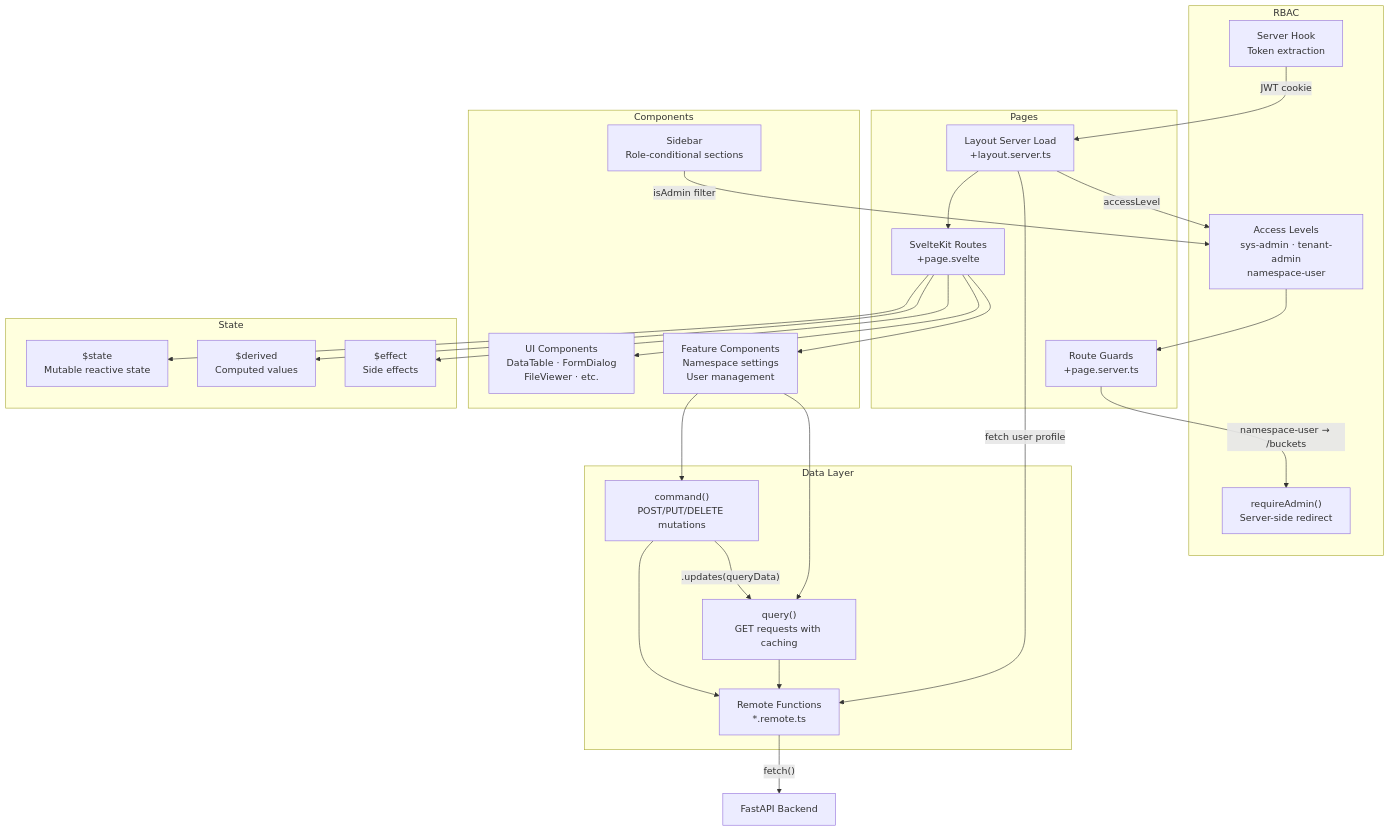
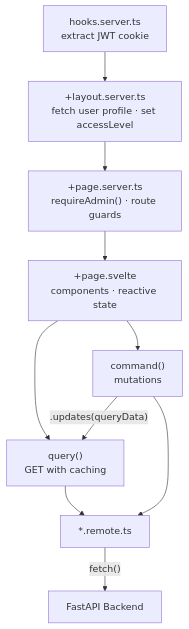
One commit to AI-Riksarkivet/ra-hcp changed the first of 2 diagrams in docs/architecture/frontend.md. Above: the diagram before and after it, drawn with Mermaid. The commit also changed 3 other files, not shown here.

First line of the commit message:
docs: simplify architecture diagrams and update fix-docs command

````diff
--- a/docs/architecture/frontend.md
+++ b/docs/architecture/frontend.md
@@ -5,51 +5,14 @@
 ```mermaid
 graph TD
-    subgraph "Pages"
-        P["SvelteKit Routes<br/>+page.svelte"]
-        L["Layout Server Load<br/>+layout.server.ts"]
-        G["Route Guards<br/>+page.server.ts"]
-    end
+    HOOK["hooks.server.ts<br/>extract JWT cookie"] --> LAYOUT["+layout.server.ts<br/>fetch user profile · set accessLevel"]
+    LAYOUT --> GUARD["+page.server.ts<br/>requireAdmin() · route guards"]
+    GUARD --> PAGE["+page.svelte<br/>components · reactive state"]
 
-    subgraph "RBAC"
-        HOOK["Server Hook<br/>Token extraction"]
-        AL["Access Levels<br/>sys-admin · tenant-admin<br/>namespace-user"]
-        GUARD["requireAdmin()<br/>Server-side redirect"]
-    end
+    PAGE --> Q["query()<br/>GET with caching"]
+    PAGE --> C["command()<br/>mutations"]
+    C -->|".updates(queryData)"| Q
 
-    subgraph "Components"
-        UI["UI Components<br/>DataTable · FormDialog<br/>FileViewer · etc."]
-        FEAT["Feature Components<br/>Namespace settings<br/>User management"]
-        SIDE["Sidebar<br/>Role-conditional sections"]
-    end
-
-    subgraph "Data Layer"
-        Q["query()<br/>GET requests with caching"]
-        C["command()<br/>POST/PUT/DELETE mutations"]
-        REM["Remote Functions<br/>*.remote.ts"]
-    end
-
-    subgraph "State"
-        ST["$state<br/>Mutable reactive state"]
-        DER["$derived<br/>Computed values"]
-        EFF["$effect<br/>Side effects"]
-    end
-
-    HOOK -->|"JWT cookie"| L
-    L -->|"fetch user profile"| REM
-    L -->|"accessLevel"| AL
-    AL --> G
-    G -->|"namespace-user → /buckets"| GUARD
-    L --> P
-    P --> UI
-    P --> FEAT
-    SIDE -->|"isAdmin filter"| AL
-    FEAT --> Q
-    FEAT --> C
-    Q --> REM
+    Q --> REM["*.remote.ts"]
     C --> REM
-    REM -->|"fetch()"| API2["FastAPI Backend"]
-    P --> ST
-    P --> DER
-    P --> EFF
-    C -->|".updates(queryData)"| Q
+    REM -->|"fetch()"| API["FastAPI Backend"]
 ```
````
